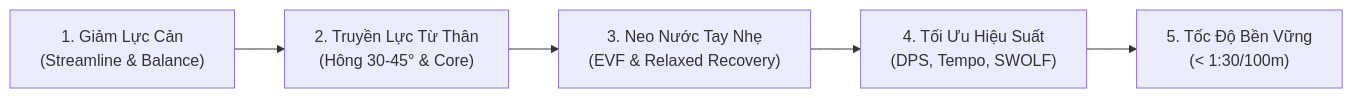
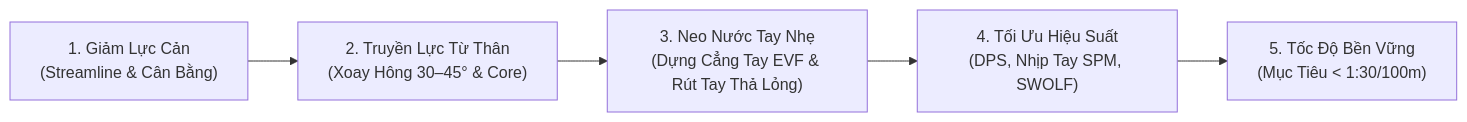
The diagram in README.md (gadoi/boisaiskill), drawn with Mermaid before and after one commit. The commit also changed other lines of this file and 74 other files, not shown here.

Commit message:
feat: upgrade README, bilingual Vietnamese headings across 64 chapters, fix Mermaid/MathJax and MkDocs gh-pages pipeline

````diff
--- a/README.md
+++ b/README.md
@@ -17,7 +17,7 @@
 ```mermaid
 flowchart LR
-    A["1. Giảm Lực Cản\n(Streamline & Balance)"] --> B["2. Truyền Lực Từ Thân\n(Hông 30-45° & Core)"]
-    B --> C["3. Neo Nước Tay Nhẹ\n(EVF & Relaxed Recovery)"]
-    C --> D["4. Tối Ưu Hiệu Suất\n(DPS, Tempo, SWOLF)"]
-    D --> E["5. Tốc Độ Bền Vững\n(< 1:30/100m)"]
+    A["1. Giảm Lực Cản<br/>(Streamline & Cân Bằng)"] --> B["2. Truyền Lực Từ Thân<br/>(Xoay Hông 30–45° & Core)"]
+    B --> C["3. Neo Nước Tay Nhẹ<br/>(Dựng Cẳng Tay EVF & Rút Tay Thả Lỏng)"]
+    C --> D["4. Tối Ưu Hiệu Suất<br/>(DPS, Nhịp Tay SPM, SWOLF)"]
+    D --> E["5. Tốc Độ Bền Vững<br/>(Mục Tiêu < 1:30/100m)"]
 ```
````
